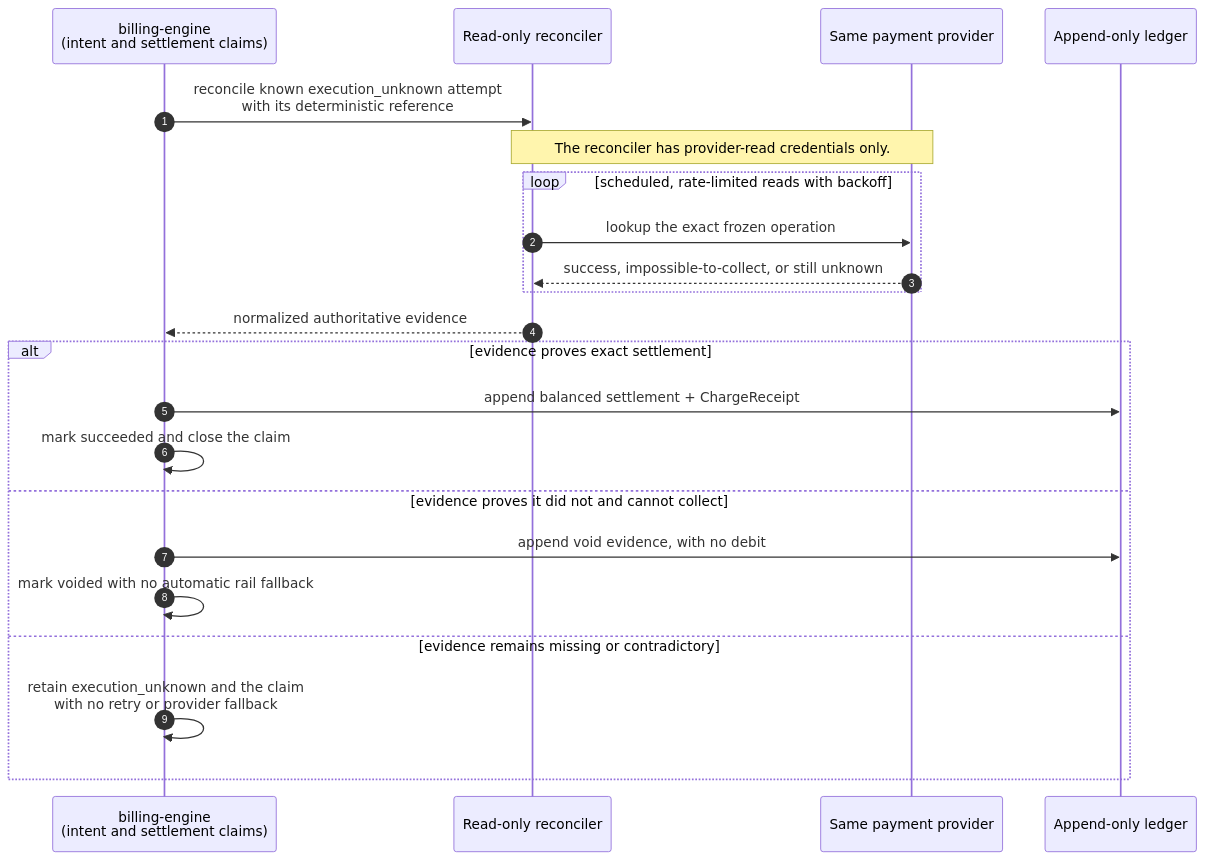
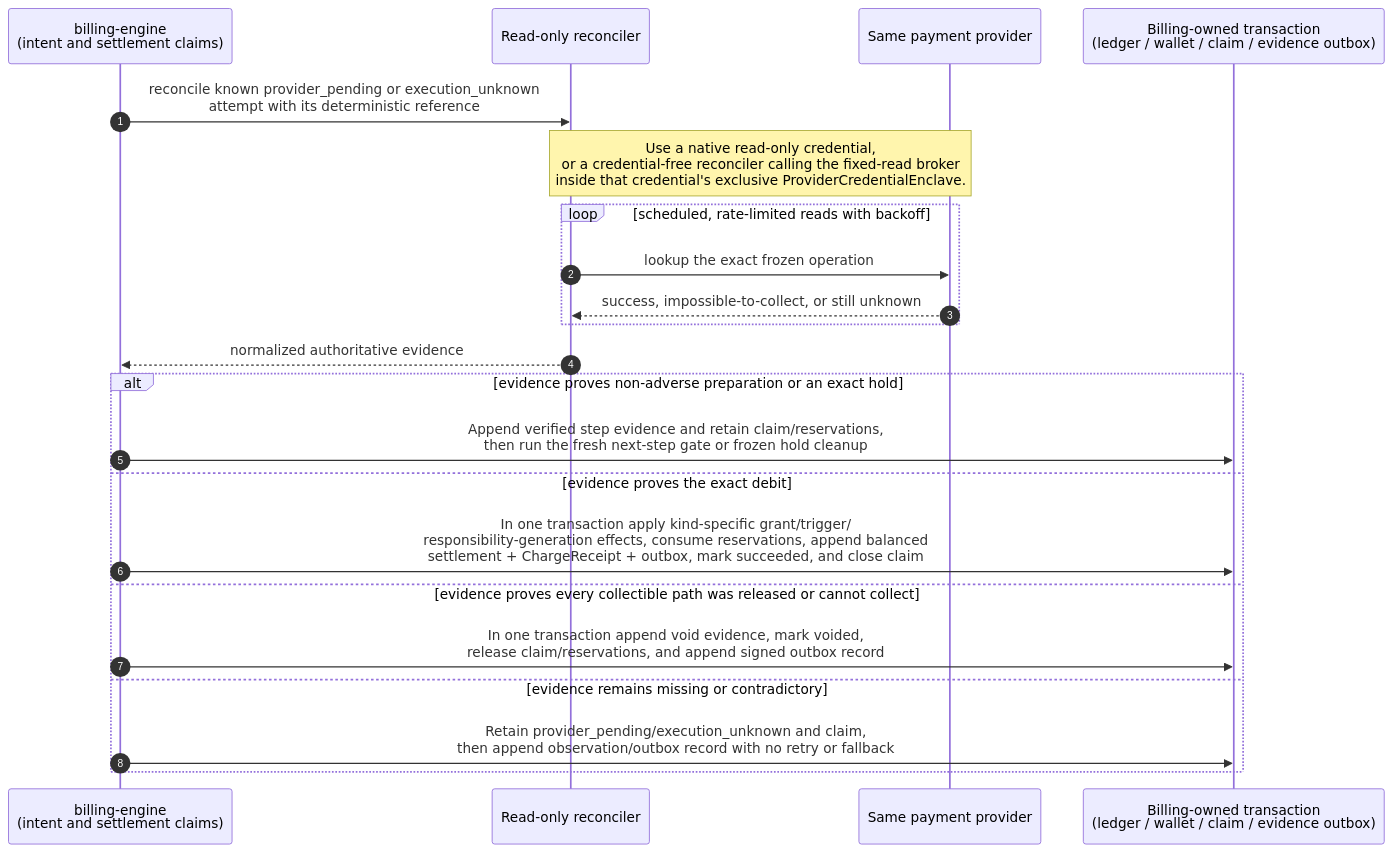
One commit to mirrorstack-ai/billing-engine changed the eighth of 9 diagrams in docs/DESIGN.md. Above: the diagram before and after it, drawn with Mermaid. The commit also changed other lines of this file and 8 other files, not shown here.

Commit message:
docs: harden intent-only billing architecture

````diff
--- a/docs/DESIGN.md
+++ b/docs/DESIGN.md
@@ -417,26 +1694,26 @@
 ```mermaid
 sequenceDiagram
     autonumber
     participant Engine as billing-engine<br/>(intent and settlement claims)
     participant Reconciler as Read-only reconciler
     participant Rail as Same payment provider
-    participant Ledger as Append-only ledger
+    participant State as Billing-owned transaction<br/>(ledger / wallet / claim / evidence outbox)
 
-    Engine->>Reconciler: reconcile known execution_unknown attempt<br/>with its deterministic reference
-    Note over Reconciler,Rail: The reconciler has provider-read credentials only.
+    Engine->>Reconciler: reconcile known provider_pending or execution_unknown<br/>attempt with its deterministic reference
+    Note over Reconciler,Rail: Use a native read-only credential,<br/>or a credential-free reconciler calling the fixed-read broker<br/>inside that credential's exclusive ProviderCredentialEnclave.
     loop scheduled, rate-limited reads with backoff
         Reconciler->>Rail: lookup the exact frozen operation
         Rail-->>Reconciler: success, impossible-to-collect, or still unknown
     end
     Reconciler-->>Engine: normalized authoritative evidence
 
-    alt evidence proves exact settlement
-        Engine->>Ledger: append balanced settlement + ChargeReceipt
-        Engine->>Engine: mark succeeded and close the claim
-    else evidence proves it did not and cannot collect
-        Engine->>Ledger: append void evidence, with no debit
-        Engine->>Engine: mark voided with no automatic rail fallback
+    alt evidence proves non-adverse preparation or an exact hold
+        Engine->>State: Append verified step evidence and retain claim/reservations,<br/>then run the fresh next-step gate or frozen hold cleanup
+    else evidence proves the exact debit
+        Engine->>State: In one transaction apply kind-specific grant/trigger/<br/>responsibility-generation effects, consume reservations, append balanced<br/>settlement + ChargeReceipt + outbox, mark succeeded, and close claim
+    else evidence proves every collectible path was released or cannot collect
+        Engine->>State: In one transaction append void evidence, mark voided,<br/>release claim/reservations, and append signed outbox record
     else evidence remains missing or contradictory
-        Engine->>Engine: retain execution_unknown and the claim<br/>with no retry or provider fallback
+        Engine->>State: Retain provider_pending/execution_unknown and claim,<br/>then append observation/outbox record with no retry or fallback
     end
 ```
````
